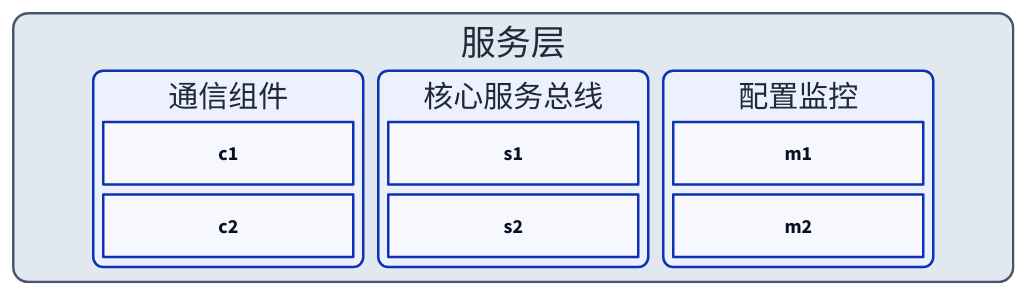
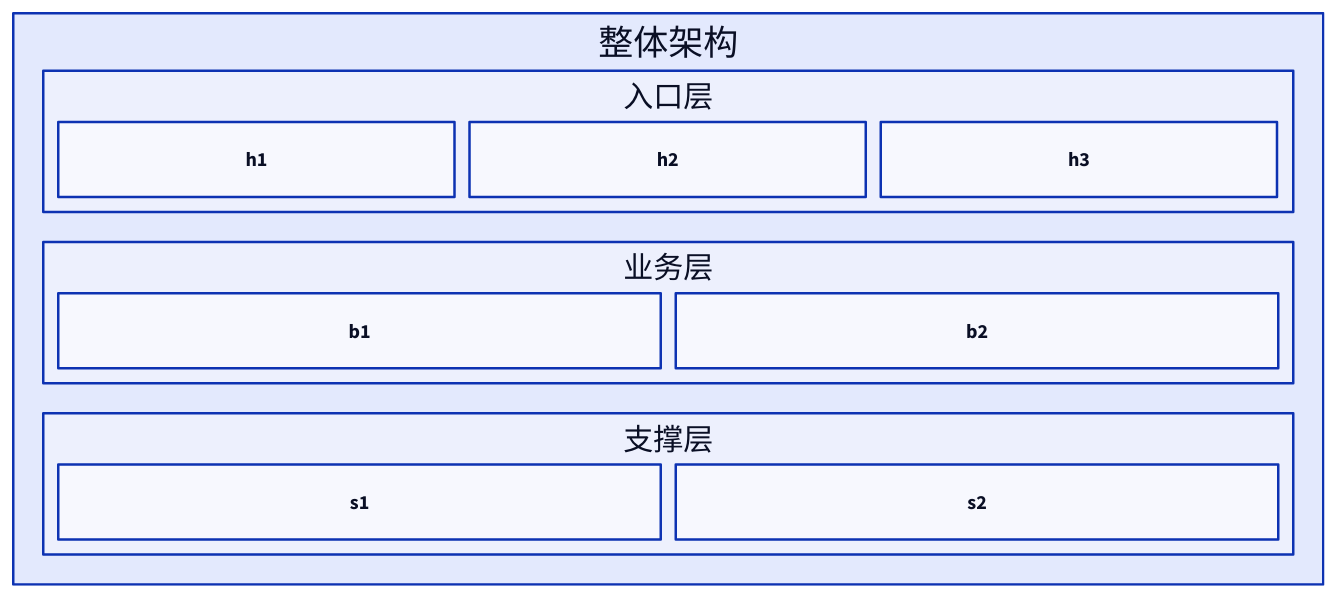
Before and after one commit to syllr/skills: the diagram in skills/c4-container-diagram/SKILL.md, drawn with D2. The commit also changed other lines of this file and 7 other files, not shown here.

First line of the commit message:
refactor(c4-container-diagram): SKILL.md 拆分为 router + 6 个 references（987→229 行）

````diff
--- a/skills/c4-container-diagram/SKILL.md
+++ b/skills/c4-container-diagram/SKILL.md
@@ -490,20 +204,26 @@
 ```d2
-服务层: {
-  width: 800; grid-columns: 3; grid-gap: 12   # ← 先分 3 个分区
-  style.fill: "#e2e8f0"; style.font-color: "#1e293b"; style.stroke: "#475569"; style.border-radius: 12
+# 最简架构图
+vars: { d2-config: { layout-engine: elk } }
 
-  通信组件: { grid-columns: 1; grid-gap: 8; style.font-color: "#1e293b"; style.border-radius: 8   # 分区 1：内部嵌套
-    # 注意: 分区不设 width 时, ELK 按内容定列宽(§6.2), 分区内子容器 width 是"内容宽"非撑满公式值
-    c1: { width: 200; height: 50; class: module }
-    c2: { width: 200; height: 50; class: module }
+整体架构: {
+  grid-rows: 1
+  grid-columns: 1
+  grid-gap: 24
+  入口层: {
+    width: 1000; grid-columns: 3; grid-gap: 12; class: module
+    h1: { width: 317; height: 60; class: module }
+    h2: { width: 317; height: 60; class: module }
+    h3: { width: 317; height: 60; class: module }
   }
-  核心服务总线: { grid-columns: 1; grid-gap: 8; style.font-color: "#1e293b"; style.border-radius: 8  # 分区 2
-    s1: { width: 200; height: 50; class: module }
-    s2: { width: 200; height: 50; class: module }
+  业务层: {
+    width: 1000; grid-columns: 2; grid-gap: 12; class: module
+    b1: { width: 482; height: 60; class: module }
+    b2: { width: 482; height: 60; class: module }
   }
-  配置监控: { grid-columns: 1; grid-gap: 8; style.font-color: "#1e293b"; style.border-radius: 8      # 分区 3
-    m1: { width: 200; height: 50; class: module }
-    m2: { width: 200; height: 50; class: module }
+  支撑层: {
+    width: 1000; grid-columns: 2; grid-gap: 12; class: module
+    s1: { width: 482; height: 60; class: module }
+    s2: { width: 482; height: 60; class: module }
   }
 }
 ```
````
